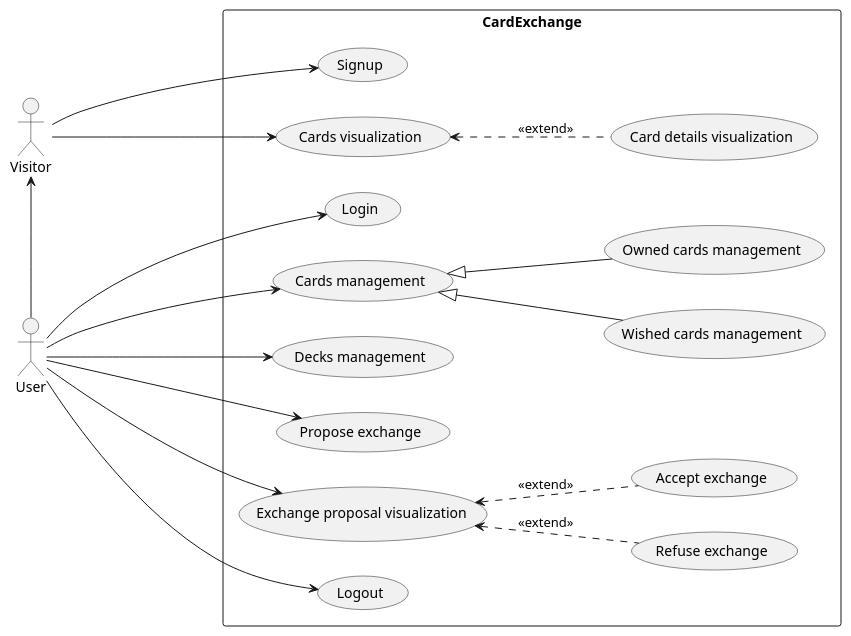
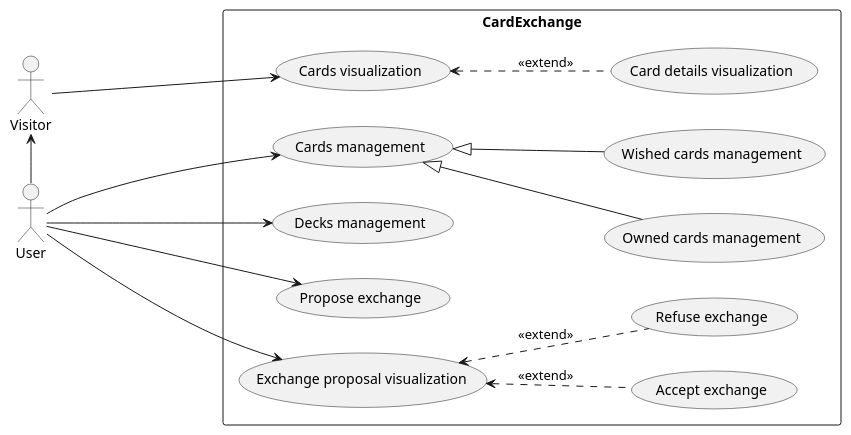
One commit to alessioarcara/Card-Exchange changed the diagram in DOC/Inception/Diagrams/UseCase/UseCase_version4.0.puml. Above: the diagram before and after it, drawn with PlantUML.

Commit message:
update UseCase Diagram without Authentication

```diff
--- a/DOC/Inception/Diagrams/UseCase/UseCase_version4.0.puml
+++ b/DOC/Inception/Diagrams/UseCase/UseCase_version4.0.puml
@@ -1,49 +1,39 @@
 @startuml Use Case
 left to right direction
 
 actor Visitor as  V
 actor User as U
 
 
 rectangle CardExchange {
-  (Signup) as UC1
-  (Login) as UC2
-
   (Cards visualization) as UC3
   (Card details visualization) as UC4
 
   (Cards management) as UC5
   (Owned cards management) as UC6
   (Wished cards management) as UC7
   (Decks management) as UC8
 
   (Propose exchange) as UC9
   (Exchange proposal visualization) as UC10
   (Accept exchange) as UC11
   (Refuse exchange) as UC12
-
-  (Logout) as UC13
 }
 
 
 V <- U
-
-V ----> UC1
-U ----> UC2
 
 V ----> UC3
 UC3 <.. UC4 : <<extend>>
 
 U ----> UC5
 UC5 ^-- UC6
 UC5 ^-- UC7
 U ----> UC8
 
 U ----> UC9
 U ----> UC10
 UC10 <.. UC11 : <<extend>>
 UC10 <.. UC12 : <<extend>>
 
-U ----> UC13
-
 @enduml
```
